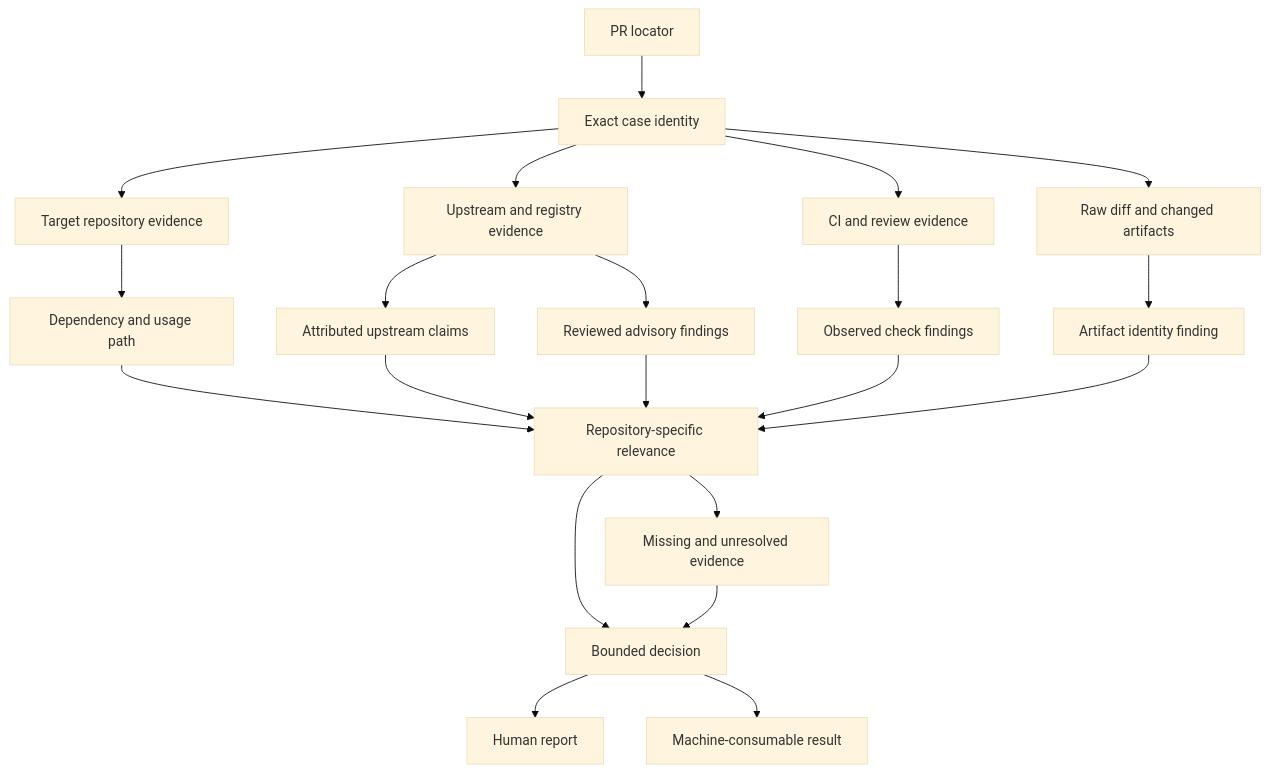
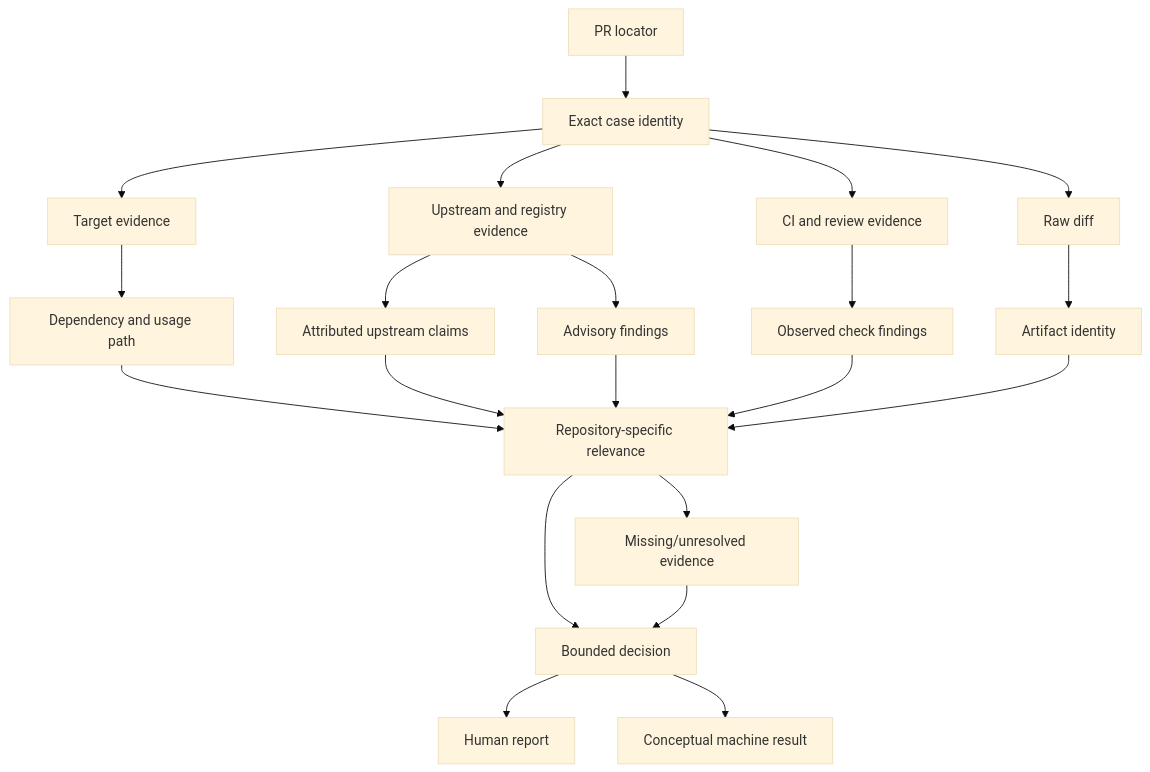
The second of 3 diagrams in product-simulation/scenarios/S001-pydantic-soupsieve-2.6-to-2.8.4/CASE.md (motafegh/UpgradePilot), drawn with Mermaid (base theme) before and after one commit. The commit also changed other lines of this file, not shown here.

````diff
--- a/product-simulation/scenarios/S001-pydantic-soupsieve-2.6-to-2.8.4/CASE.md
+++ b/product-simulation/scenarios/S001-pydantic-soupsieve-2.6-to-2.8.4/CASE.md
@@ -867,26 +1216,23 @@
 ```mermaid
 flowchart TD
     I[PR locator] --> ID[Exact case identity]
-    ID --> DIFF[Raw diff and changed artifacts]
-    ID --> TARGET[Target repository evidence]
+    ID --> DIFF[Raw diff]
+    ID --> TARGET[Target evidence]
     ID --> UPSTREAM[Upstream and registry evidence]
     ID --> RUNS[CI and review evidence]
-
     TARGET --> PATH[Dependency and usage path]
     UPSTREAM --> CLAIMS[Attributed upstream claims]
-    UPSTREAM --> SECURITY[Reviewed advisory findings]
+    UPSTREAM --> SECURITY[Advisory findings]
     RUNS --> CHECKS[Observed check findings]
-    DIFF --> ARTIFACT[Artifact identity finding]
-
+    DIFF --> ARTIFACT[Artifact identity]
     PATH --> RELEVANCE[Repository-specific relevance]
     CLAIMS --> RELEVANCE
     SECURITY --> RELEVANCE
     CHECKS --> RELEVANCE
     ARTIFACT --> RELEVANCE
-
-    RELEVANCE --> LIMITS[Missing and unresolved evidence]
+    RELEVANCE --> LIMITS[Missing/unresolved evidence]
     RELEVANCE --> DECISION[Bounded decision]
     LIMITS --> DECISION
     DECISION --> HUMAN[Human report]
-    DECISION --> MACHINE[Machine-consumable result]
+    DECISION --> MACHINE[Conceptual machine result]
 ```
````
